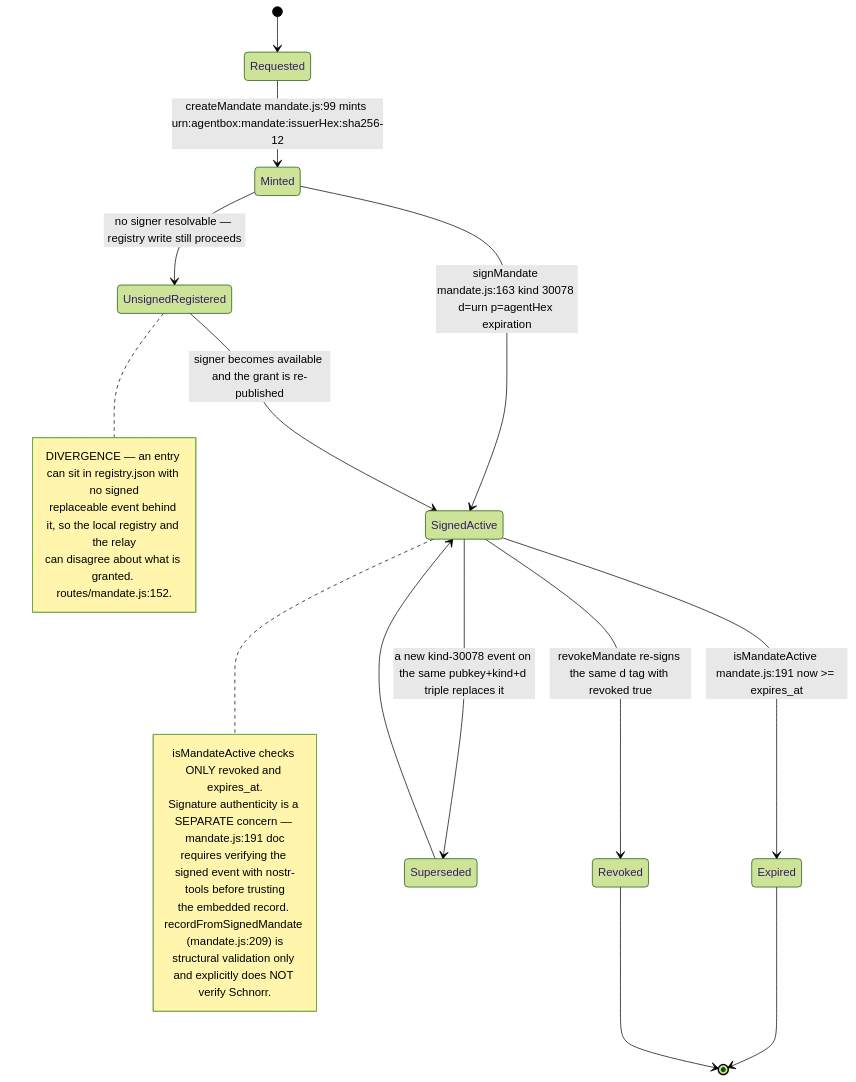
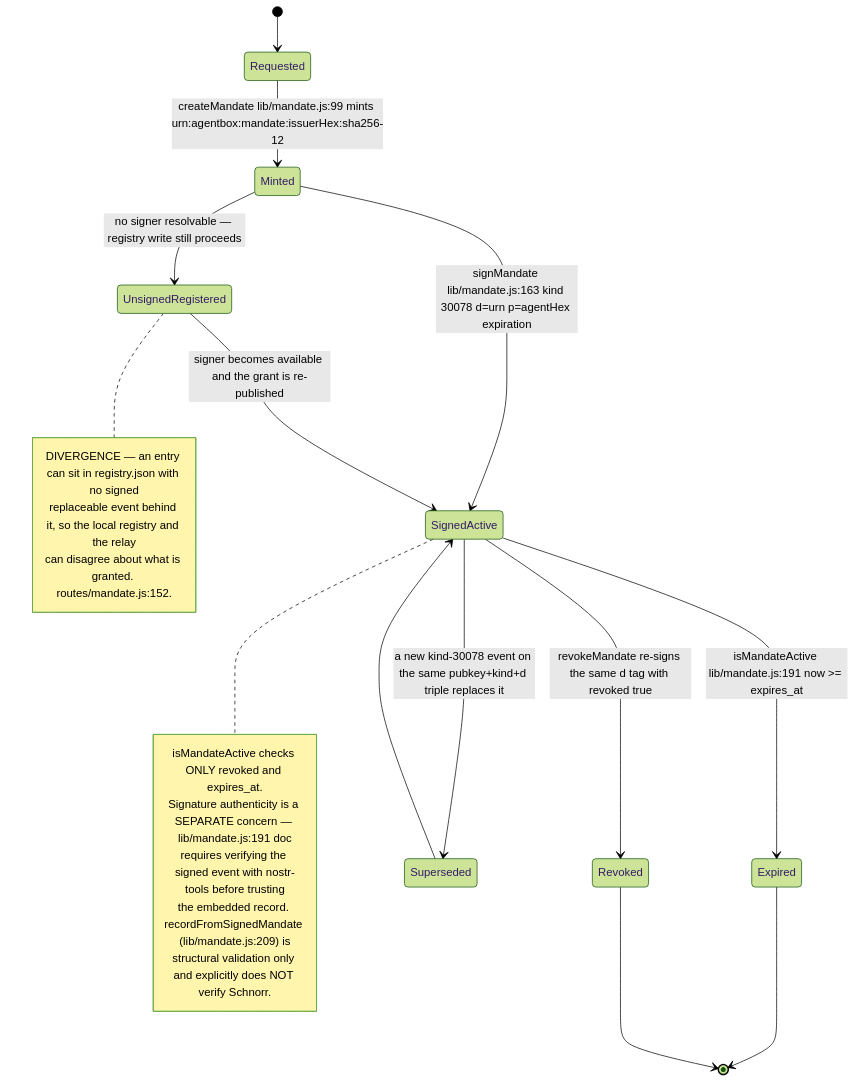
One commit to DreamLab-AI/VisionFlow changed the ninth of 16 diagrams in docs/diagrams/agentbox/11-identity-did-mandate-authority.md. Above: the diagram before and after it, drawn with Mermaid (forest theme). The commit also changed other lines of this file and 185 other files, not shown here.

Commit message:
docs(estate): reconcile diagrams and ADRs with source and define closeout sprint

````diff
--- a/docs/diagrams/agentbox/11-identity-did-mandate-authority.md
+++ b/docs/diagrams/agentbox/11-identity-did-mandate-authority.md
@@ -375,26 +377,26 @@
 ```mermaid
 stateDiagram-v2
     [*] --> Requested
-    Requested --> Minted : createMandate mandate.js:99 mints urn:agentbox:mandate:issuerHex:sha256-12
-    Minted --> SignedActive : signMandate mandate.js:163 kind 30078 d=urn p=agentHex expiration
+    Requested --> Minted : createMandate lib/mandate.js:99 mints urn:agentbox:mandate:issuerHex:sha256-12
+    Minted --> SignedActive : signMandate lib/mandate.js:163 kind 30078 d=urn p=agentHex expiration
     Minted --> UnsignedRegistered : no signer resolvable — registry write still proceeds
     UnsignedRegistered --> SignedActive : signer becomes available and the grant is re-published
-    SignedActive --> Expired : isMandateActive mandate.js:191 now >= expires_at
+    SignedActive --> Expired : isMandateActive lib/mandate.js:191 now >= expires_at
     SignedActive --> Revoked : revokeMandate re-signs the same d tag with revoked true
     SignedActive --> Superseded : a new kind-30078 event on the same pubkey+kind+d triple replaces it
     Superseded --> SignedActive
     Expired --> [*]
     Revoked --> [*]
     note right of SignedActive
         isMandateActive checks ONLY revoked and expires_at.
-        Signature authenticity is a SEPARATE concern — mandate.js:191 doc
+        Signature authenticity is a SEPARATE concern — lib/mandate.js:191 doc
         requires verifying the signed event with nostr-tools before trusting
-        the embedded record. recordFromSignedMandate (mandate.js:209) is
+        the embedded record. recordFromSignedMandate (lib/mandate.js:209) is
         structural validation only and explicitly does NOT verify Schnorr.
     end note
     note right of UnsignedRegistered
         DIVERGENCE — an entry can sit in registry.json with no signed
         replaceable event behind it, so the local registry and the relay
         can disagree about what is granted. routes/mandate.js:152.
     end note
 ```
````
